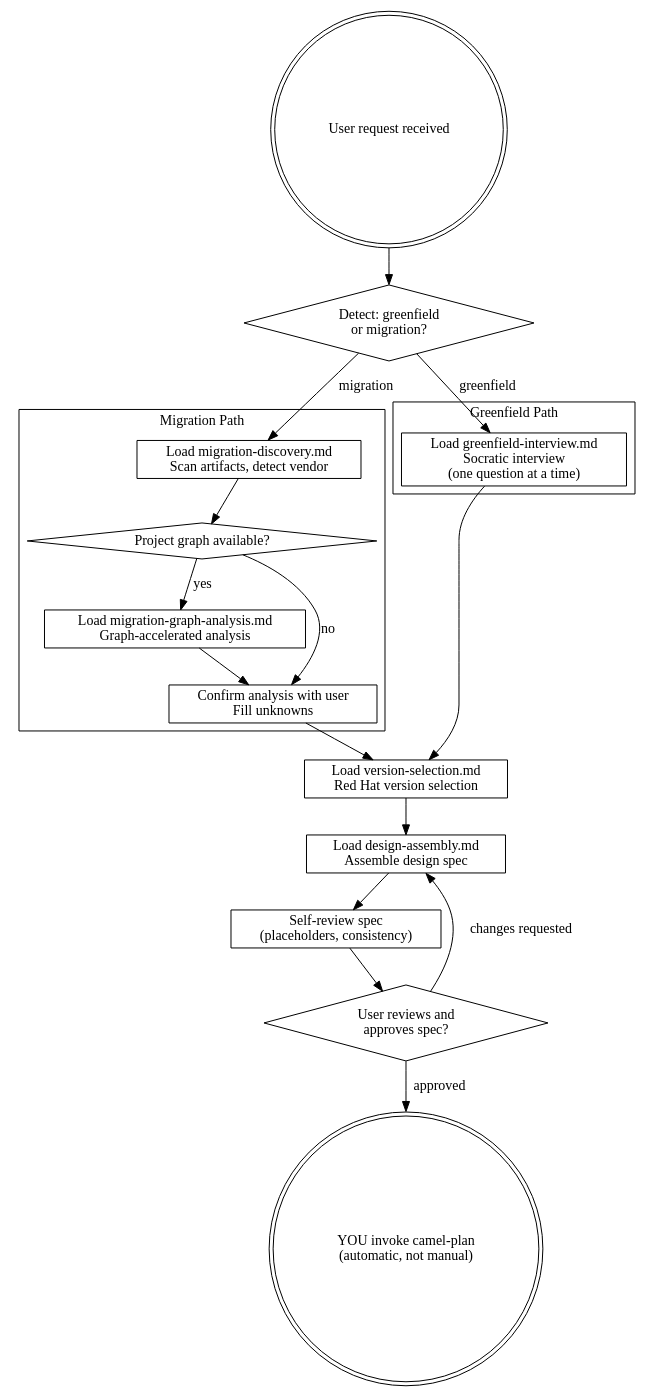
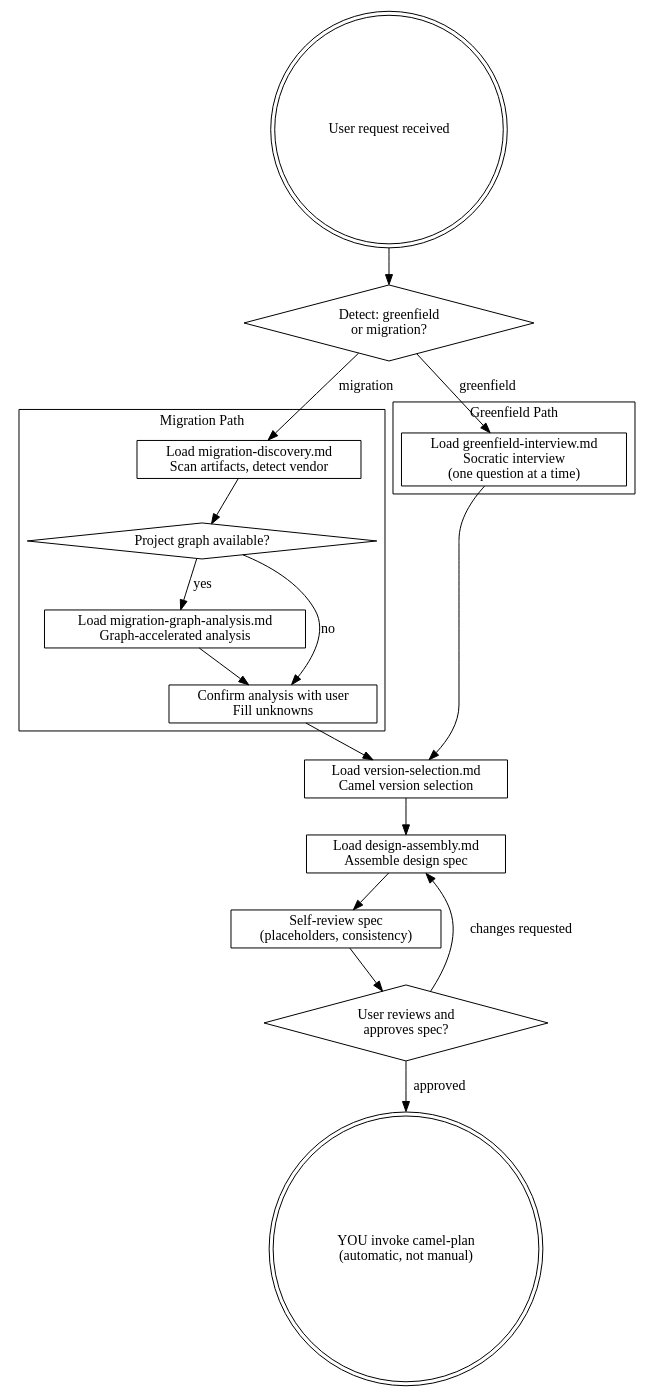
The diagram in camel-kit-core/src/main/resources/skills/camel-brainstorm/SKILL.md (luigidemasi/camel-kit), drawn with Graphviz before and after one commit. The commit also changed other lines of this file and 168 other files, not shown here.

````diff
--- a/camel-kit-core/src/main/resources/skills/camel-brainstorm/SKILL.md
+++ b/camel-kit-core/src/main/resources/skills/camel-brainstorm/SKILL.md
@@ -29,45 +29,45 @@
 ```dot
 digraph brainstorm {
     rankdir=TB;
     
     start [label="User request received", shape=doublecircle];
     detect [label="Detect: greenfield\nor migration?", shape=diamond];
     
     subgraph cluster_greenfield {
         label="Greenfield Path";
         gf_interview [label="Load greenfield-interview.md\nSocratic interview\n(one question at a time)", shape=box];
     }
     
     subgraph cluster_migration {
         label="Migration Path";
         mg_discovery [label="Load migration-discovery.md\nScan artifacts, detect vendor", shape=box];
         mg_graph [label="Project graph available?", shape=diamond];
         mg_graph_analysis [label="Load migration-graph-analysis.md\nGraph-accelerated analysis", shape=box];
         mg_confirm [label="Confirm analysis with user\nFill unknowns", shape=box];
     }
     
-    version [label="Load version-selection.md\nRed Hat version selection", shape=box];
+    version [label="Load version-selection.md\nCamel version selection", shape=box];
     design [label="Load design-assembly.md\nAssemble design spec", shape=box];
     review [label="Self-review spec\n(placeholders, consistency)", shape=box];
     user_approve [label="User reviews and\napproves spec?", shape=diamond];
     plan [label="YOU invoke camel-plan\n(automatic, not manual)", shape=doublecircle];
     
     start -> detect;
     detect -> gf_interview [label="greenfield"];
     detect -> mg_discovery [label="migration"];
     
     gf_interview -> version;
     
     mg_discovery -> mg_graph;
     mg_graph -> mg_graph_analysis [label="yes"];
     mg_graph -> mg_confirm [label="no"];
     mg_graph_analysis -> mg_confirm;
     mg_confirm -> version;
     
     version -> design;
     design -> review;
     review -> user_approve;
     user_approve -> design [label="changes requested"];
     user_approve -> plan [label="approved"];
 }
 ```
````
